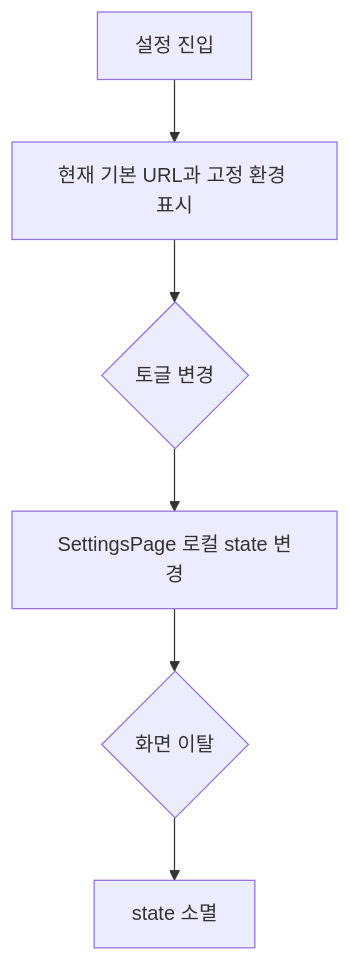
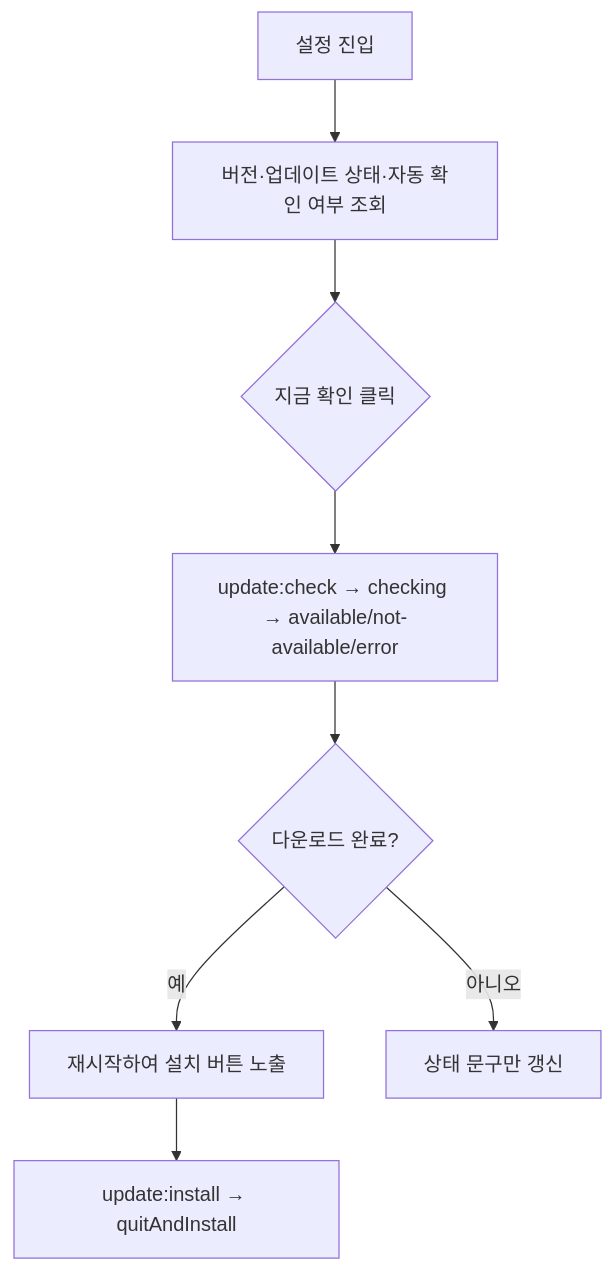
Before and after one commit to ph-1dnjs/checkly: the diagram in docs/04-pages/050-settings/02-userflow.md, drawn with Mermaid. The commit also changed other lines of this file and 15 other files, not shown here.

````diff
--- a/docs/04-pages/050-settings/02-userflow.md
+++ b/docs/04-pages/050-settings/02-userflow.md
@@ -3,8 +3,10 @@
 ```mermaid
 flowchart TD
-  A[설정 진입] --> B[현재 기본 URL과 고정 환경 표시]
-  B --> C{토글 변경}
-  C --> D[SettingsPage 로컬 state 변경]
-  D --> E{화면 이탈}
-  E --> F[state 소멸]
+  A[설정 진입] --> B[버전·업데이트 상태·자동 확인 여부 조회]
+  B --> C{지금 확인 클릭}
+  C --> D[update:check → checking → available/not-available/error]
+  D --> E{다운로드 완료?}
+  E -->|예| F[재시작하여 설치 버튼 노출]
+  E -->|아니오| G[상태 문구만 갱신]
+  F --> H[update:install → quitAndInstall]
 ```
````
